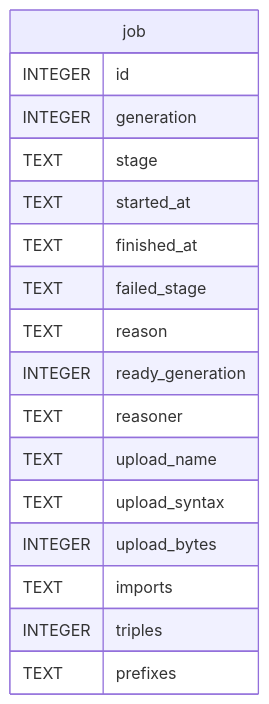
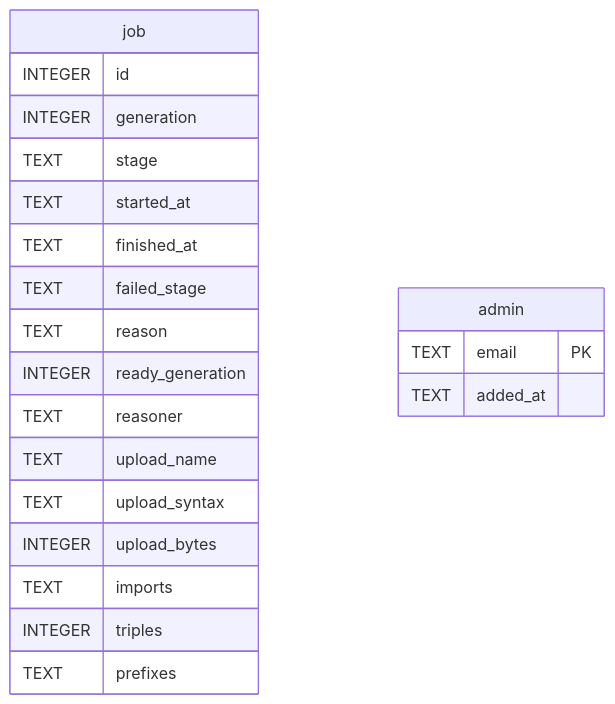
One commit to jclerman/browl changed the diagram in docs/schema/state/README.md. Above: the diagram before and after it, drawn with Mermaid. The commit also changed other lines of this file and 22 other files, not shown here.

````diff
--- a/docs/schema/state/README.md
+++ b/docs/schema/state/README.md
@@ -18,22 +19,26 @@
 ```mermaid
 erDiagram
 
 
 "job" {
   INTEGER id
   INTEGER generation
   TEXT stage
   TEXT started_at
   TEXT finished_at
   TEXT failed_stage
   TEXT reason
   INTEGER ready_generation
   TEXT reasoner
   TEXT upload_name
   TEXT upload_syntax
   INTEGER upload_bytes
   TEXT imports
   INTEGER triples
   TEXT prefixes
 }
+"admin" {
+  TEXT email PK
+  TEXT added_at
+}
 ```
````
